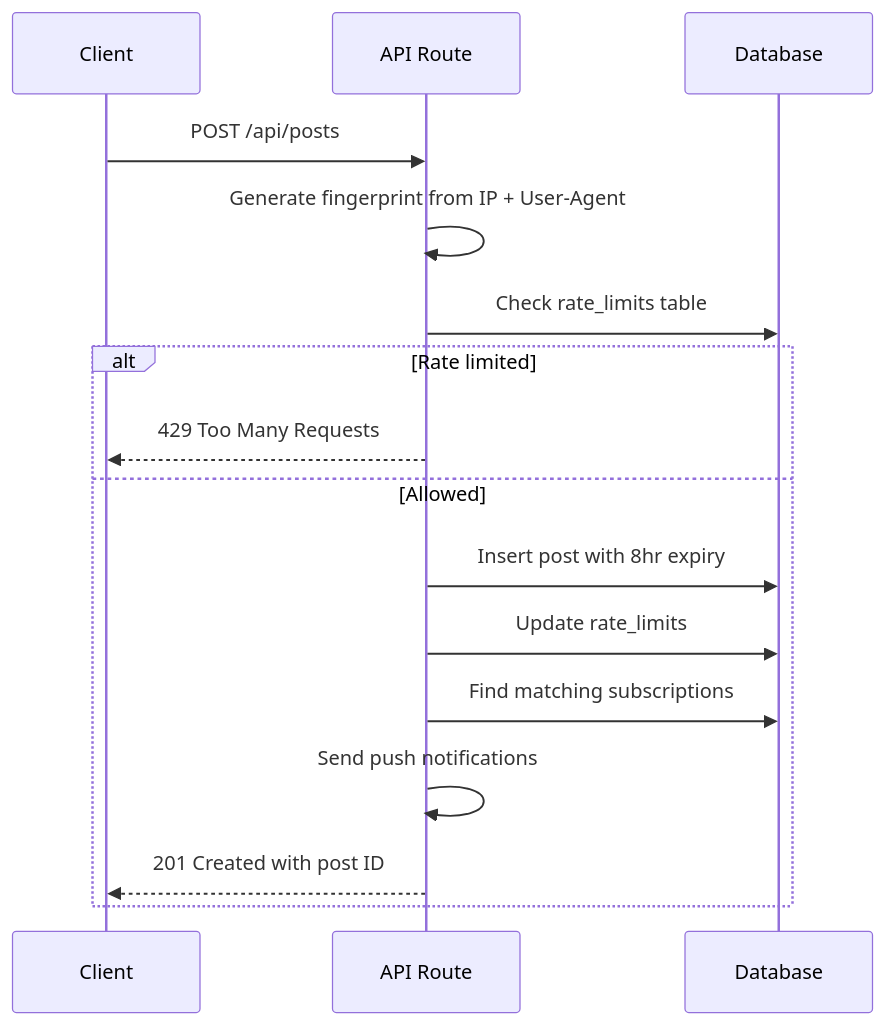
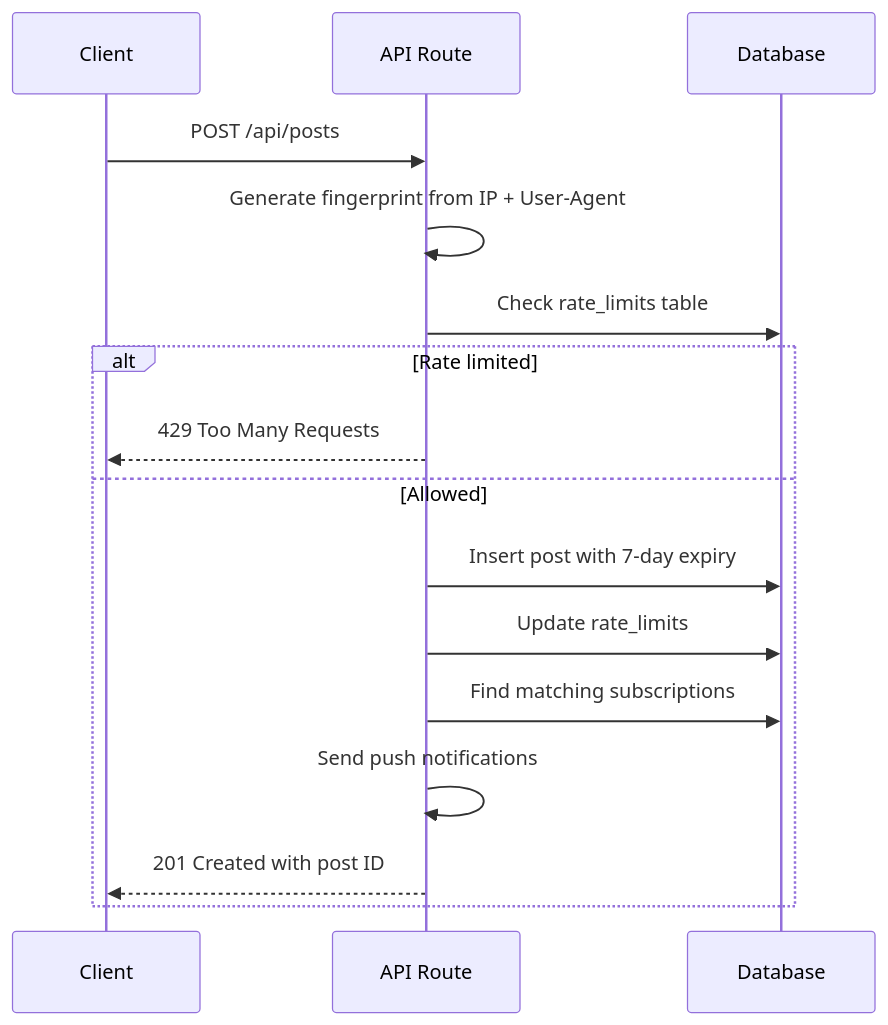
Before and after one commit to profullstack/icemap.app: the third of 3 diagrams in docs/ARCHITECTURE.md, drawn with Mermaid. The commit also changed other lines of this file and 12 other files, not shown here.

````diff
--- a/docs/ARCHITECTURE.md
+++ b/docs/ARCHITECTURE.md
@@ -267,19 +267,19 @@
 ```mermaid
 sequenceDiagram
     participant C as Client
     participant A as API Route
     participant D as Database
 
     C->>A: POST /api/posts
     A->>A: Generate fingerprint from IP + User-Agent
     A->>D: Check rate_limits table
     alt Rate limited
         A-->>C: 429 Too Many Requests
     else Allowed
-        A->>D: Insert post with 8hr expiry
+        A->>D: Insert post with 7-day expiry
         A->>D: Update rate_limits
         A->>D: Find matching subscriptions
         A->>A: Send push notifications
         A-->>C: 201 Created with post ID
     end
 ```
````
